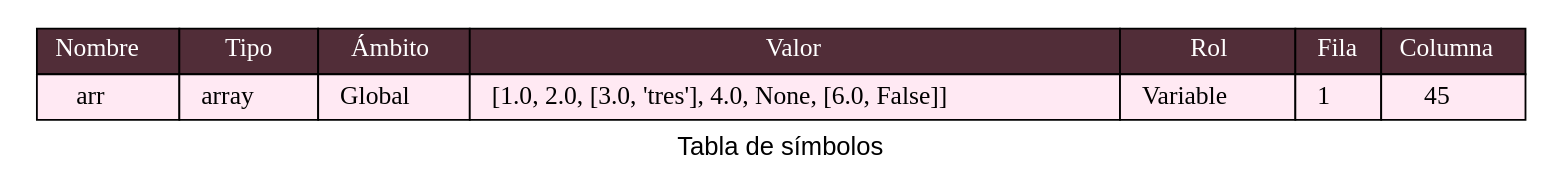
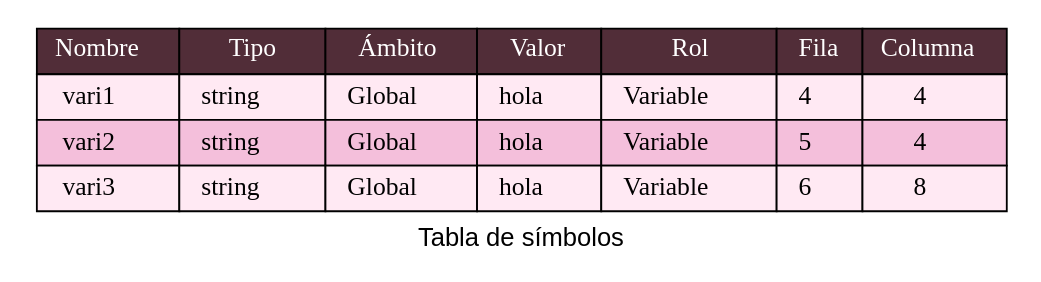
The diagram in Fase 1/backend/TablaSimbolos.dot (LuisaMariaO/OLC2P1-Luisa-Ortiz-Marjorie-Reyes), drawn with Graphviz before and after one commit. The commit also changed 7 other files, not shown here.

```diff
--- a/Fase 1/backend/TablaSimbolos.dot
+++ b/Fase 1/backend/TablaSimbolos.dot
@@ -1,27 +1,45 @@
 digraph {
             fontname="Arial"
             label = "Tabla de símbolos"
             node[shape=none]
             n1[label=<
             <table BORDER="0" CELLBORDER="1" CELLSPACING="0" CELLPADDING="4">]
             <tr>
             <td bgcolor="#512D38"> <font color="white">Nombre </font></td>
             <td bgcolor="#512D38"> <font color="white">Tipo</font></td>
             <td bgcolor="#512D38"> <font color="white">Ámbito</font></td>
             <td bgcolor="#512D38"> <font color="white">Valor</font></td>
             <td bgcolor="#512D38"> <font color="white">Rol</font></td>
             <td bgcolor="#512D38"> <font color="white">Fila</font></td>
             <td bgcolor="#512D38"> <font color="white">Columna</font></td>
             </tr>
 <tr>
-<td bgcolor="#FFE9F3">   arr   </td>
-<td bgcolor="#FFE9F3">   array   </td>
+<td bgcolor="#FFE9F3">   vari1   </td>
+<td bgcolor="#FFE9F3">   string   </td>
 <td bgcolor="#FFE9F3">   Global   </td>
-<td bgcolor="#FFE9F3">   [1.0, 2.0, [3.0, 'tres'], 4.0, None, [6.0, False]]   </td>
+<td bgcolor="#FFE9F3">   hola   </td>
 <td bgcolor="#FFE9F3">   Variable   </td>
-<td bgcolor="#FFE9F3">   1   </td>
-<td bgcolor="#FFE9F3">   45   </td>
+<td bgcolor="#FFE9F3">   4   </td>
+<td bgcolor="#FFE9F3">   4   </td>
+</tr>
+<tr>
+<td bgcolor="#F4BFDB">   vari2   </td>
+<td bgcolor="#F4BFDB">   string   </td>
+<td bgcolor="#F4BFDB">   Global   </td>
+<td bgcolor="#F4BFDB">   hola   </td>
+<td bgcolor="#F4BFDB">   Variable   </td>
+<td bgcolor="#F4BFDB">   5   </td>
+<td bgcolor="#F4BFDB">   4   </td>
+</tr>
+<tr>
+<td bgcolor="#FFE9F3">   vari3   </td>
+<td bgcolor="#FFE9F3">   string   </td>
+<td bgcolor="#FFE9F3">   Global   </td>
+<td bgcolor="#FFE9F3">   hola   </td>
+<td bgcolor="#FFE9F3">   Variable   </td>
+<td bgcolor="#FFE9F3">   6   </td>
+<td bgcolor="#FFE9F3">   8   </td>
 </tr>
 </table>
     >]
     }
```
